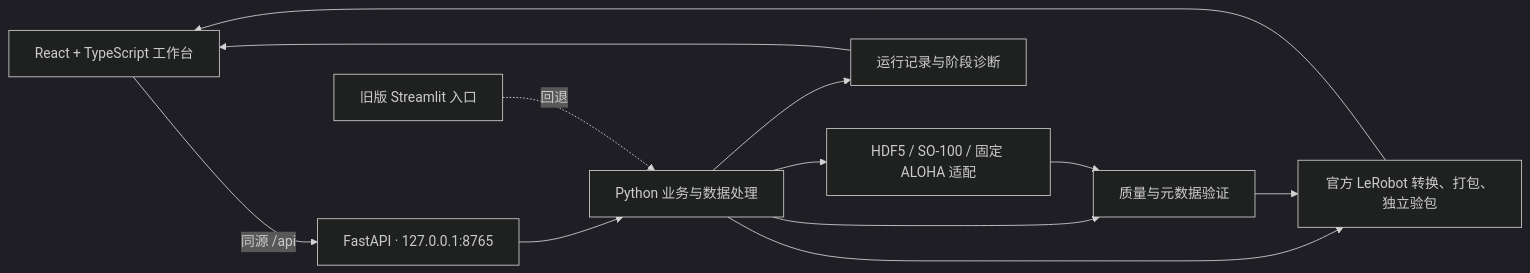
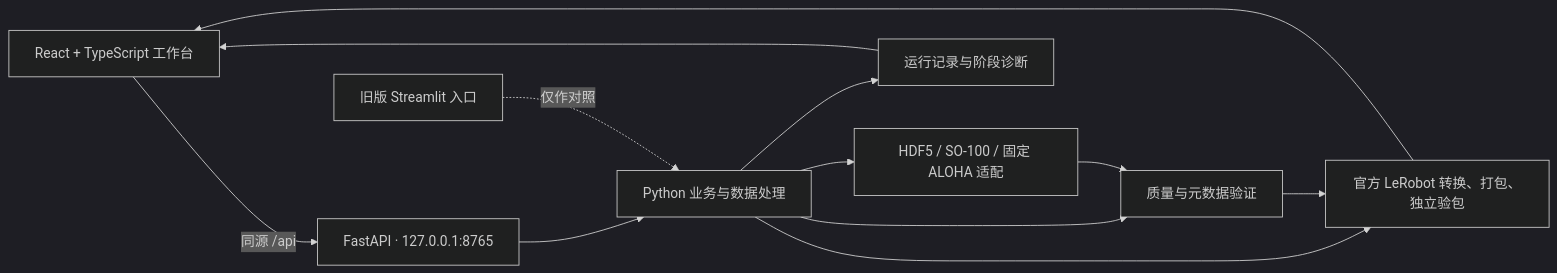
One commit to MAHONGHAO1/Embodied-AI-Data-Processing-Platform changed the diagram in README.md. Above: the diagram before and after it, drawn with Mermaid (dark theme). The commit also changed other lines of this file, not shown here.

Commit message:
docs: 旧版 Streamlit 入口标注为仅作对照、功能冻结

````diff
--- a/README.md
+++ b/README.md
@@ -202,13 +202,13 @@
 ```mermaid
 flowchart LR
   UI[React + TypeScript 工作台] -->|同源 /api| API[FastAPI · 127.0.0.1:8765]
   API --> PY[Python 业务与数据处理]
   PY --> SRC[HDF5 / SO-100 / 固定 ALOHA 适配]
   PY --> RUN[运行记录与阶段诊断]
   PY --> QC[质量与元数据验证]
   PY --> CONV[官方 LeRobot 转换、打包、独立验包]
   SRC --> QC --> CONV
   RUN --> UI
   CONV --> UI
-  OLD[旧版 Streamlit 入口] -. 回退 .-> PY
+  OLD[旧版 Streamlit 入口] -. 仅作对照 .-> PY
 ```
````
